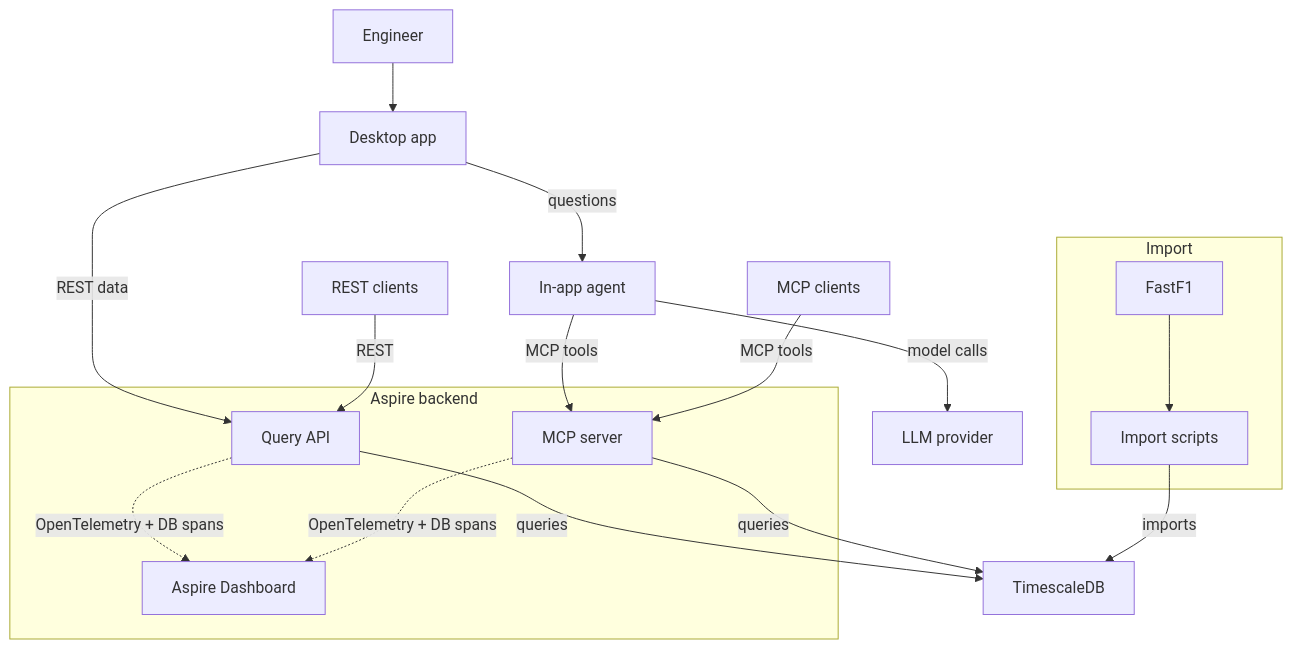
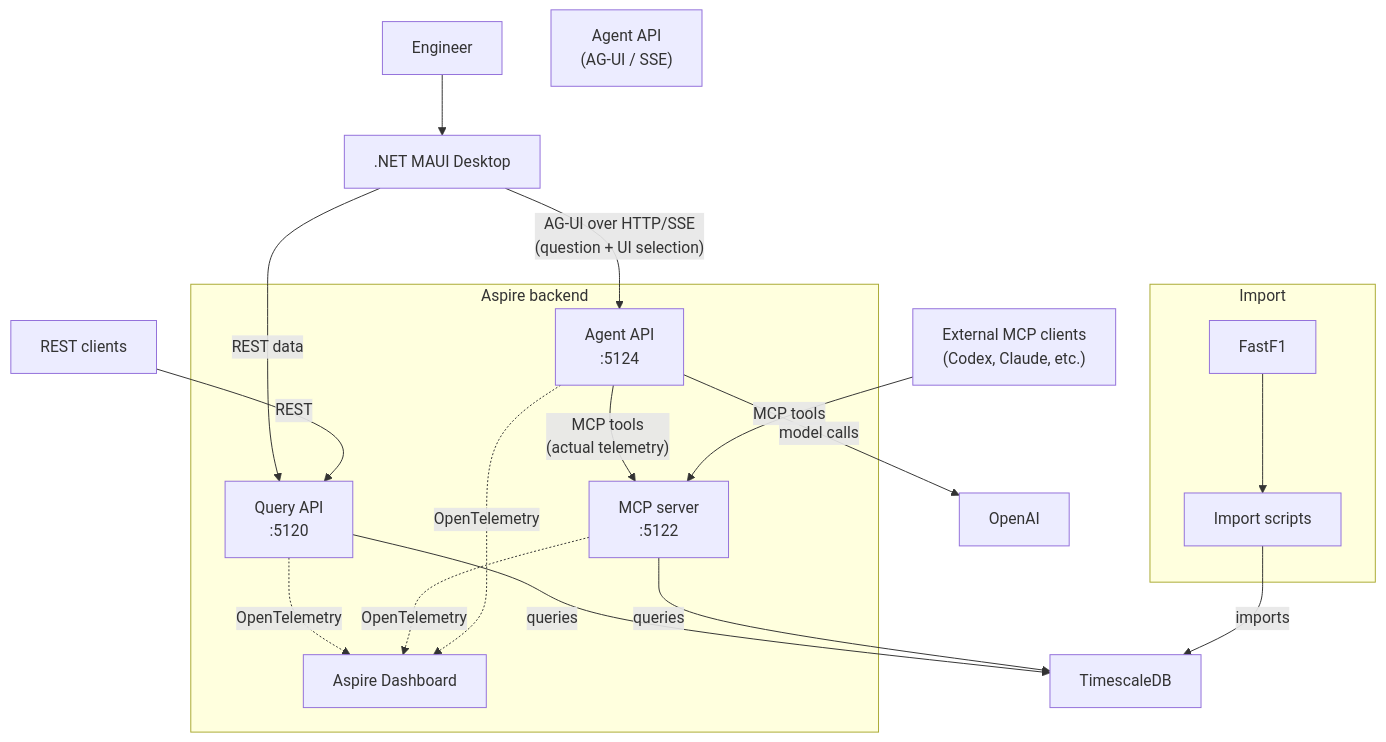
The diagram in README.md (fblln/race-telemetry-workbench), drawn with Mermaid before and after one commit. The commit also changed other lines of this file and 159 other files, not shown here.

````diff
--- a/README.md
+++ b/README.md
@@ -119,36 +128,37 @@
 ```mermaid
 flowchart TB
     User["Engineer"]
-    Desktop["Desktop app"]
-    Agent["In-app agent"]
-    Model["LLM provider"]
+    Desktop[".NET MAUI Desktop"]
+    AgentApi["Agent API\n(AG-UI / SSE)"]
+    OpenAI["OpenAI"]
+    McpClients["External MCP clients\n(Codex, Claude, etc.)"]
+    RestClients["REST clients"]
 
     subgraph Aspire["Aspire backend"]
-        QueryApi["Query API"]
-        McpServer["MCP server"]
+        QueryApi["Query API\n:5120"]
+        McpServer["MCP server\n:5122"]
+        AgentApiRes["Agent API\n:5124"]
         Dashboard["Aspire Dashboard"]
     end
 
     Database["TimescaleDB"]
 
     subgraph Import["Import"]
         FastF1["FastF1"]
         Scripts["Import scripts"]
     end
 
-    RestClients["REST clients"]
-    McpClients["MCP clients"]
-
     User --> Desktop
     Desktop -->|"REST data"| QueryApi
-    Desktop -->|"questions"| Agent
-    Agent -->|"model calls"| Model
-    Agent -->|"MCP tools"| McpServer
+    Desktop -->|"AG-UI over HTTP/SSE\n(question + UI selection)"| AgentApiRes
+    AgentApiRes -->|"model calls"| OpenAI
+    AgentApiRes -->|"MCP tools\n(actual telemetry)"| McpServer
     McpClients -->|"MCP tools"| McpServer
     RestClients -->|"REST"| QueryApi
     QueryApi -->|"queries"| Database
     McpServer -->|"queries"| Database
     FastF1 --> Scripts -->|"imports"| Database
-    QueryApi -. "OpenTelemetry + DB spans" .-> Dashboard
-    McpServer -. "OpenTelemetry + DB spans" .-> Dashboard
+    QueryApi -. "OpenTelemetry" .-> Dashboard
+    McpServer -. "OpenTelemetry" .-> Dashboard
+    AgentApiRes -. "OpenTelemetry" .-> Dashboard
 ```
````
